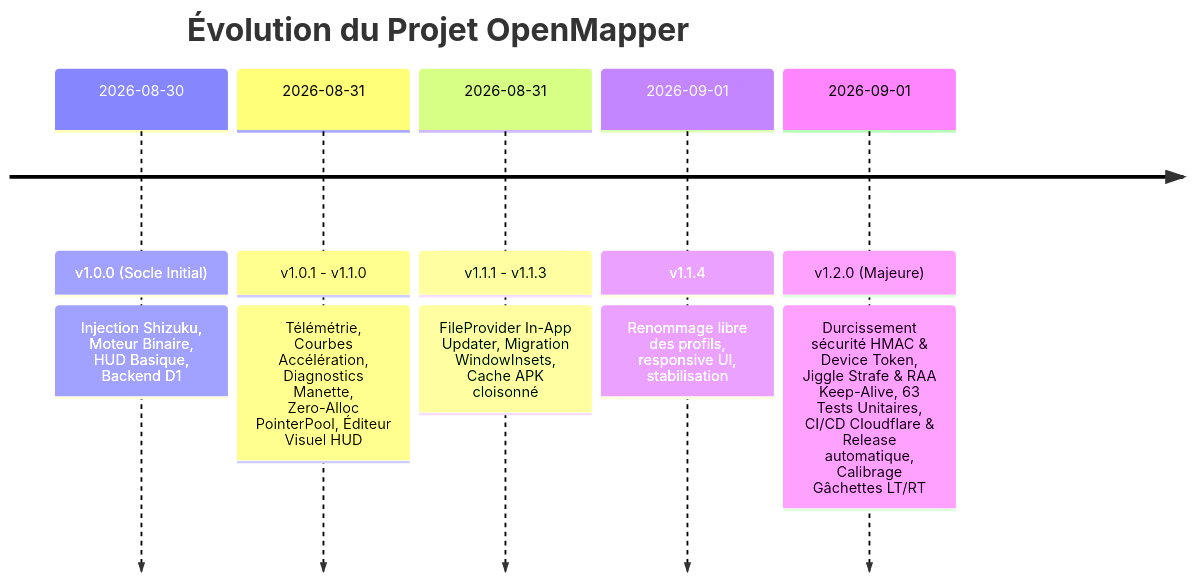
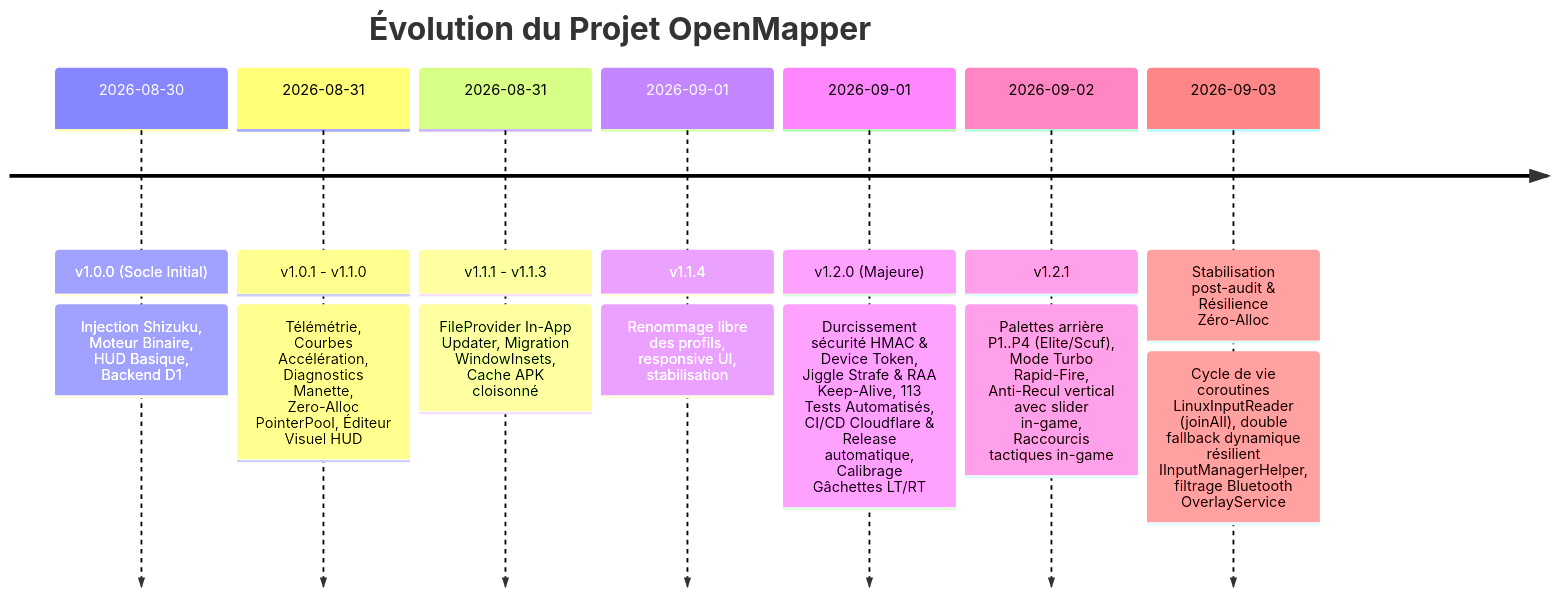
The first of 4 diagrams in agent.md (kinou-p/android-open-mapper), drawn with Mermaid before and after one commit. The commit also changed other lines of this file and 11 other files, not shown here.

````diff
--- a/agent.md
+++ b/agent.md
@@ -48,9 +62,11 @@
 ```mermaid
 timeline
     title Évolution du Projet OpenMapper
     2026-08-30 : v1.0.0 (Socle Initial) : Injection Shizuku, Moteur Binaire, HUD Basique, Backend D1
     2026-08-31 : v1.0.1 - v1.1.0 : Télémétrie, Courbes Accélération, Diagnostics Manette, Zero-Alloc PointerPool, Éditeur Visuel HUD
     2026-08-31 : v1.1.1 - v1.1.3 : FileProvider In-App Updater, Migration WindowInsets, Cache APK cloisonné
     2026-09-01 : v1.1.4 : Renommage libre des profils, responsive UI, stabilisation
-    2026-09-01 : v1.2.0 (Majeure) : Durcissement sécurité HMAC & Device Token, Jiggle Strafe & RAA Keep-Alive, 63 Tests Unitaires, CI/CD Cloudflare & Release automatique, Calibrage Gâchettes LT/RT
+    2026-09-01 : v1.2.0 (Majeure) : Durcissement sécurité HMAC & Device Token, Jiggle Strafe & RAA Keep-Alive, 113 Tests Automatisés, CI/CD Cloudflare & Release automatique, Calibrage Gâchettes LT/RT
+    2026-09-02 : v1.2.1 : Palettes arrière P1..P4 (Elite/Scuf), Mode Turbo Rapid-Fire, Anti-Recul vertical avec slider in-game, Raccourcis tactiques in-game
+    2026-09-03 : Stabilisation post-audit & Résilience Zéro-Alloc : Cycle de vie coroutines LinuxInputReader (joinAll), double fallback dynamique résilient IInputManagerHelper, filtrage Bluetooth OverlayService
 ```
````
